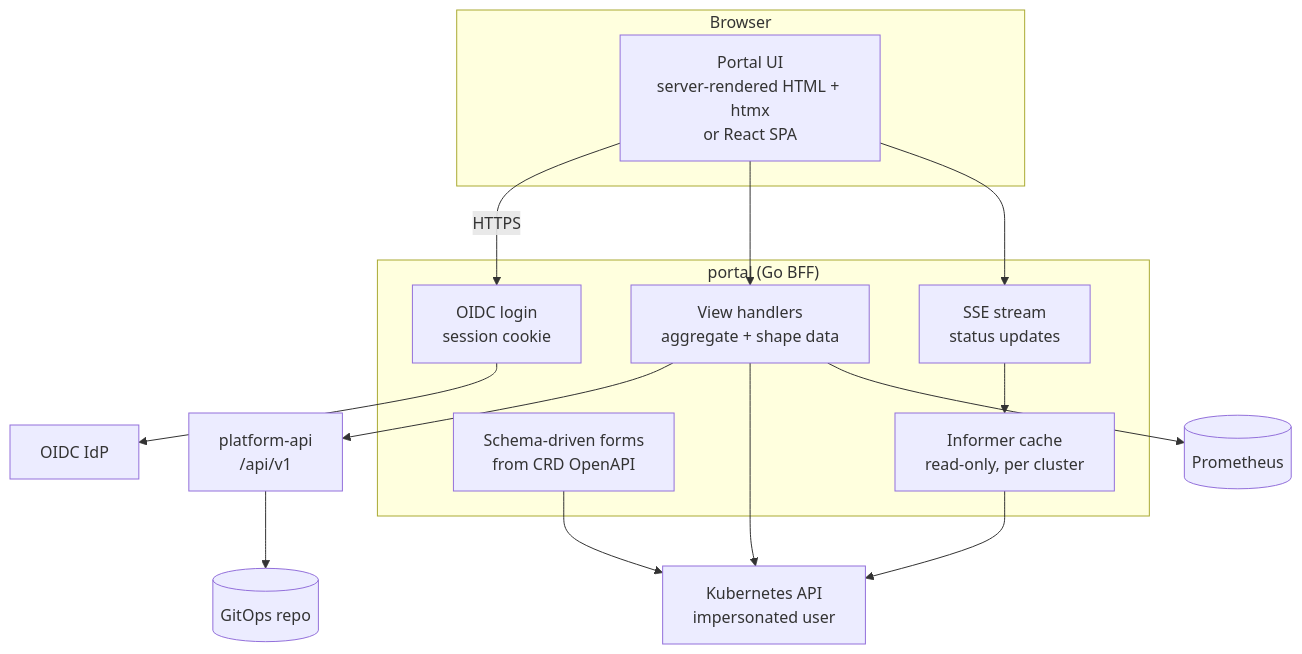
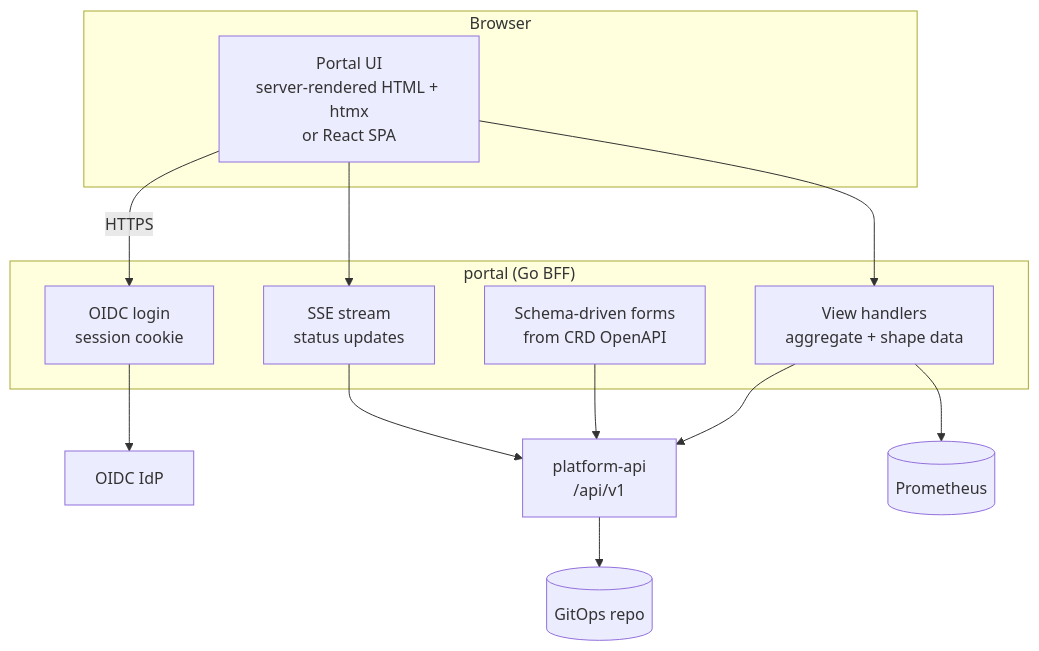
Before and after one commit to GitOpsHub/platform-engineering-on-kubernetes: the second of 4 diagrams in docs/07-internal-developer-platform/custom-portal.md, drawn with Mermaid. The commit also changed other lines of this file and 378 other files, not shown here.

````diff
--- a/docs/07-internal-developer-platform/custom-portal.md
+++ b/docs/07-internal-developer-platform/custom-portal.md
@@ -50,30 +50,26 @@
 ```mermaid
 graph TB
     subgraph Browser
         UI[Portal UI<br/>server-rendered HTML + htmx<br/>or React SPA]
     end
     subgraph Portal["portal (Go BFF)"]
         AuthN[OIDC login<br/>session cookie]
         Views[View handlers<br/>aggregate + shape data]
         Forms[Schema-driven forms<br/>from CRD OpenAPI]
         SSE[SSE stream<br/>status updates]
-        Cache[Informer cache<br/>read-only, per cluster]
     end
     IdP[OIDC IdP]
     PAPI[platform-api<br/>/api/v1]
-    KAPI[Kubernetes API<br/>impersonated user]
     Prom[(Prometheus)]
     Git[(GitOps repo)]
 
     UI -->|HTTPS| AuthN
     AuthN --> IdP
     UI --> Views
     UI --> SSE
     Views --> PAPI
-    Views --> KAPI
     Views --> Prom
-    Forms --> KAPI
-    SSE --> Cache
-    Cache --> KAPI
+    Forms --> PAPI
+    SSE --> PAPI
     PAPI --> Git
 ```
````
